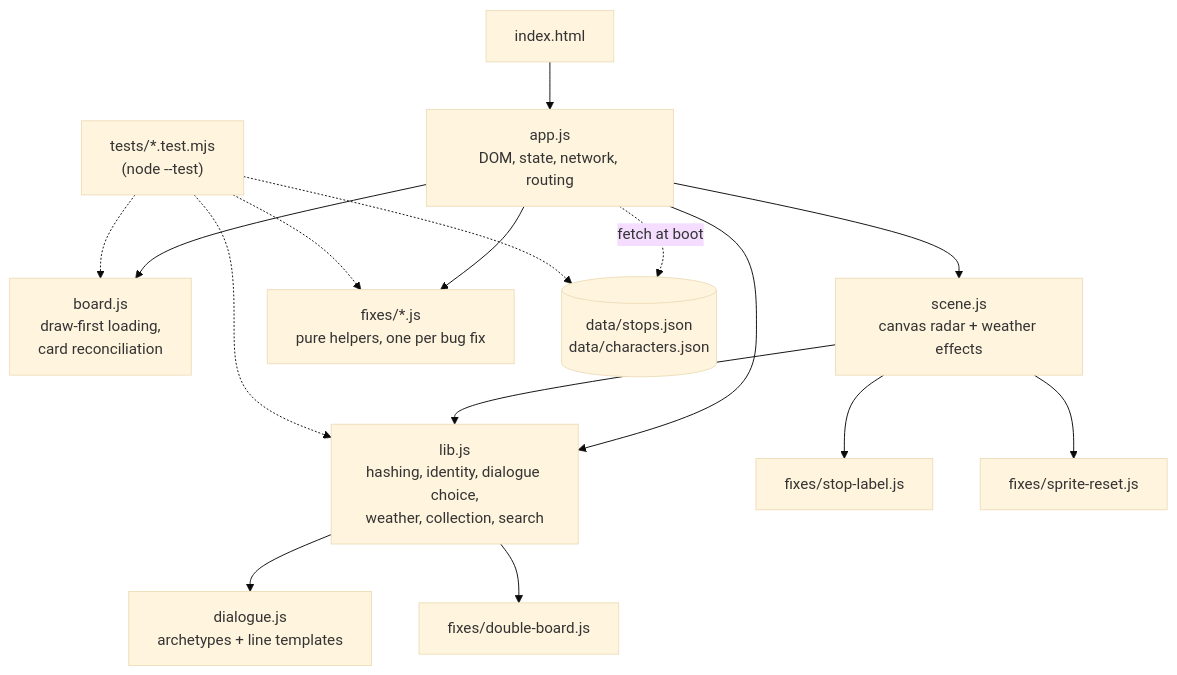
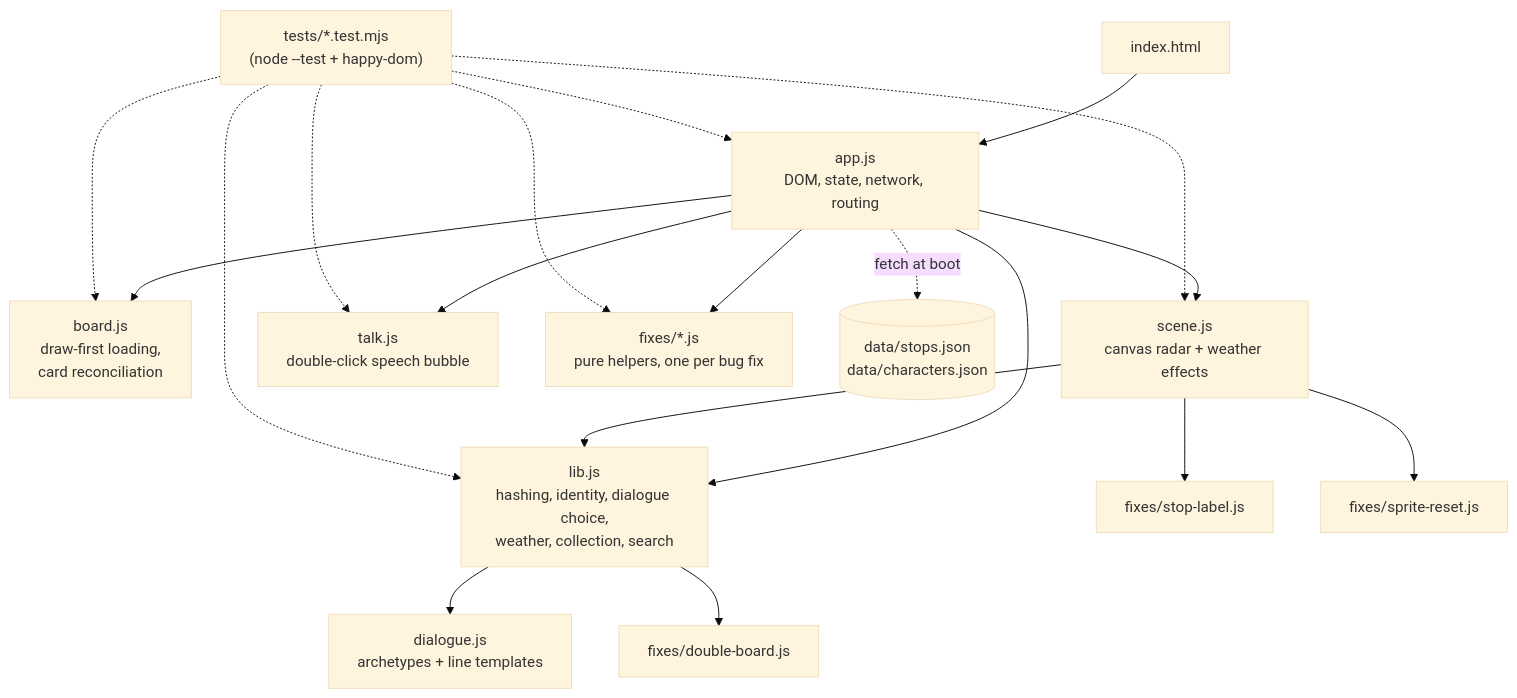
The second of 13 diagrams in ARCH.md (bguiz/bus-stop-companion), drawn with Mermaid (base theme) before and after one commit. The commit also changed other lines of this file and 1 other file, not shown here.

First line of the commit message:
Keep coverage up after merging main: test talk.js edge cases, update ARCH.md

````diff
--- a/ARCH.md
+++ b/ARCH.md
@@ -51,22 +51,25 @@
 ```mermaid
 flowchart TD
   HTML["index.html"] --> App["app.js<br/>DOM, state, network, routing"]
 
   App --> Lib["lib.js<br/>hashing, identity, dialogue choice,<br/>weather, collection, search"]
   App --> Board["board.js<br/>draw-first loading,<br/>card reconciliation"]
   App --> Scene["scene.js<br/>canvas radar + weather effects"]
+  App --> Talk["talk.js<br/>double-click speech bubble"]
   App --> Fixes["fixes/*.js<br/>pure helpers, one per bug fix"]
 
   Lib --> Dialogue["dialogue.js<br/>archetypes + line templates"]
   Lib --> DoubleBoard["fixes/double-board.js"]
   Scene --> Lib
   Scene --> StopLabel["fixes/stop-label.js"]
   Scene --> SpriteReset["fixes/sprite-reset.js"]
 
   App -. "fetch at boot" .-> Data[("data/stops.json<br/>data/characters.json")]
 
-  Tests["tests/*.test.mjs<br/>(node --test)"] -.-> Lib
+  Tests["tests/*.test.mjs<br/>(node --test + happy-dom)"] -.-> App
+  Tests -.-> Scene
+  Tests -.-> Talk
+  Tests -.-> Lib
   Tests -.-> Board
   Tests -.-> Fixes
-  Tests -.-> Data
 ```
````
